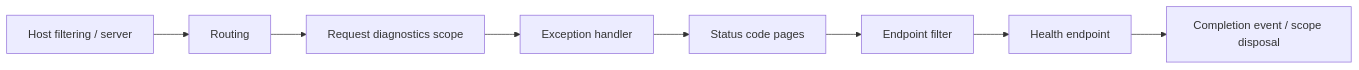
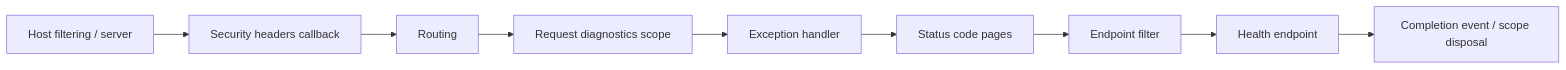
One commit to cuthanhcam/cinis changed the diagram in docs/development/platform-http-pipeline.md. Above: the diagram before and after it, drawn with Mermaid. The commit also changed other lines of this file and 13 other files, not shown here.

````diff
--- a/docs/development/platform-http-pipeline.md
+++ b/docs/development/platform-http-pipeline.md
@@ -22,10 +22,11 @@
 ```mermaid
 flowchart LR
-    A[Host filtering / server] --> B[Routing]
+    A[Host filtering / server] --> S[Security headers callback]
+    S --> B[Routing]
     B --> C[Request diagnostics scope]
     C --> D[Exception handler]
     D --> E[Status code pages]
     E --> F[Endpoint filter]
     F --> G[Health endpoint]
     G --> H[Completion event / scope disposal]
 ```
````
